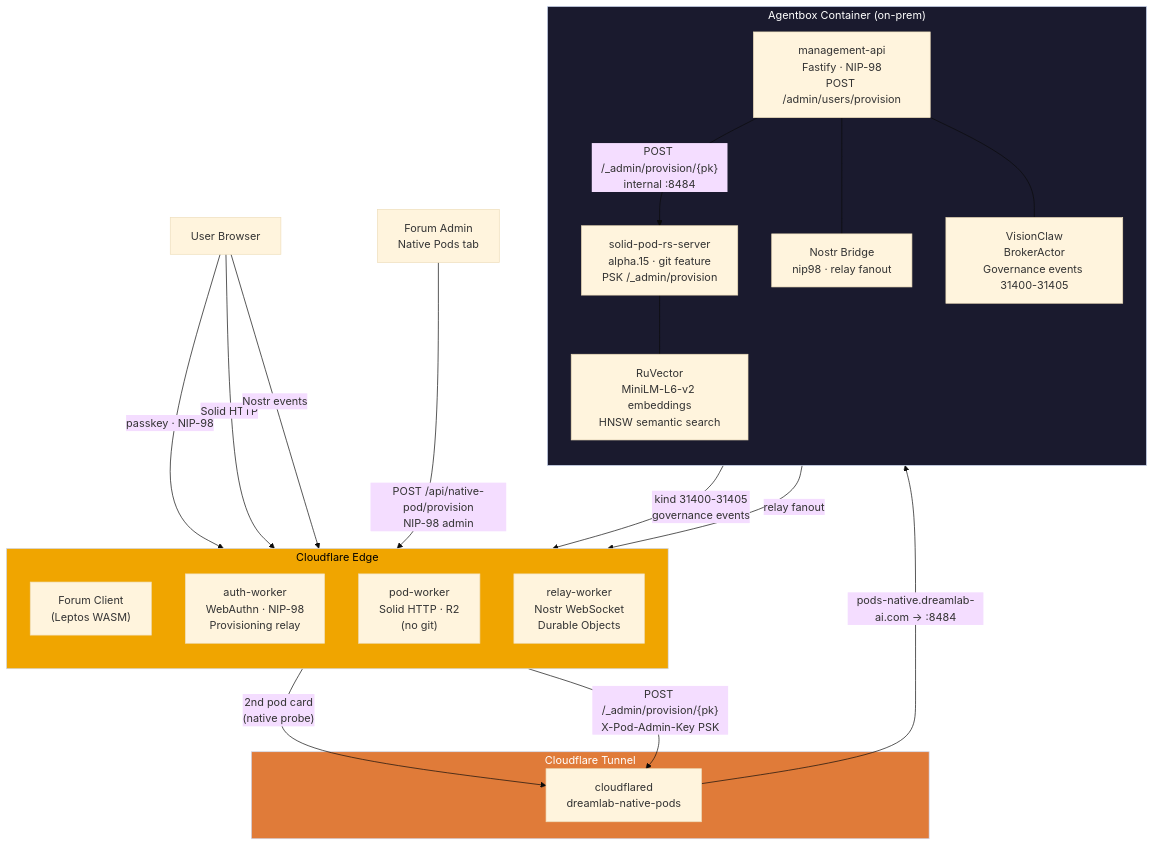
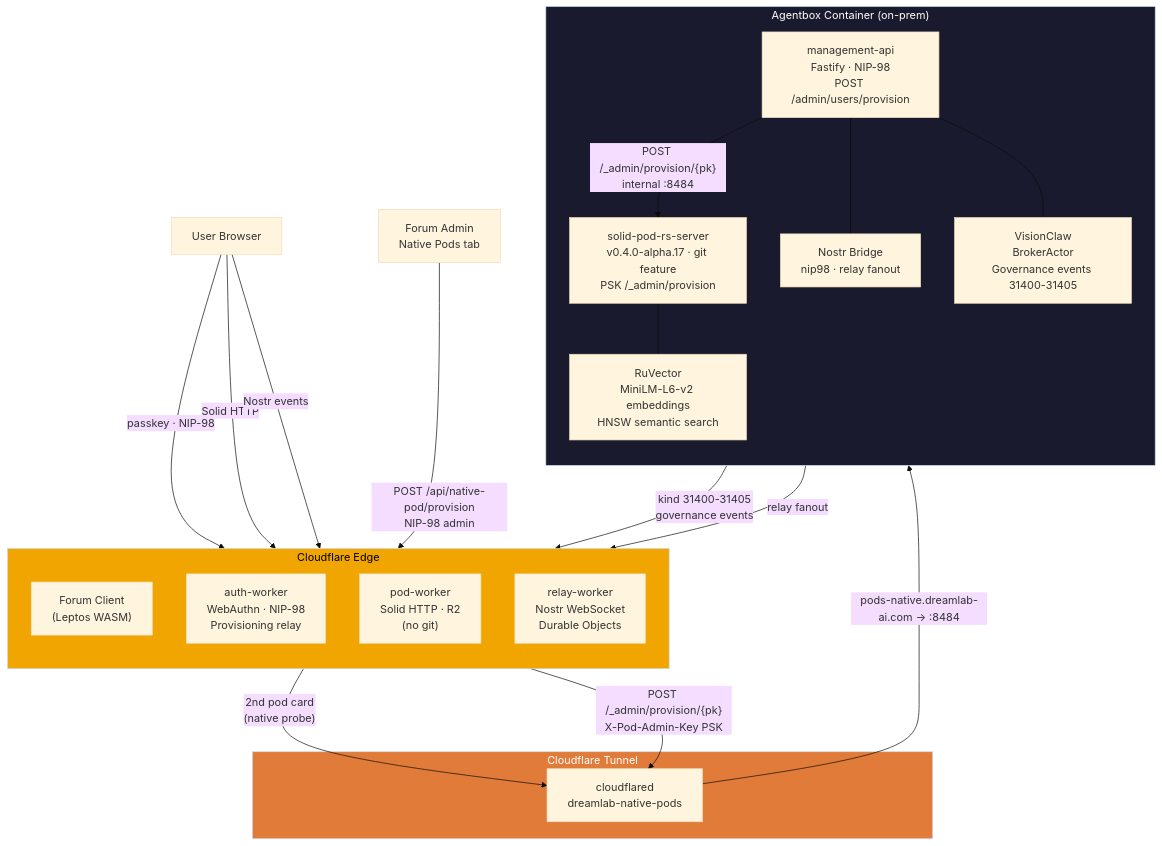
Before and after one commit to DreamLab-AI/agentbox: the first of 8 diagrams in docs/architecture/native-pod-mesh.md, drawn with Mermaid (base theme). The commit also changed other lines of this file and 11 other files, not shown here.

Commit message:
docs(diagrams): align mermaid diagrams to code ground truth; label aspirational flows and known gaps

````diff
--- a/docs/architecture/native-pod-mesh.md
+++ b/docs/architecture/native-pod-mesh.md
@@ -15,44 +17,44 @@
 ```mermaid
 graph TB
     subgraph CF["Cloudflare Edge"]
         direction TB
         FW["Forum Client\n(Leptos WASM)"]
         AW["auth-worker\nWebAuthn · NIP-98\nProvisioning relay"]
         PW["pod-worker\nSolid HTTP · R2\n(no git)"]
         RW["relay-worker\nNostr WebSocket\nDurable Objects"]
     end
 
     subgraph AGENTBOX["Agentbox Container (on-prem)"]
         direction TB
         MGMT["management-api\nFastify · NIP-98\nPOST /admin/users/provision"]
-        SPR["solid-pod-rs-server\nalpha.15 · git feature\nPSK /_admin/provision"]
+        SPR["solid-pod-rs-server\nv0.4.0-alpha.17 · git feature\nPSK /_admin/provision"]
         NOSTR["Nostr Bridge\nnip98 · relay fanout"]
         VC["VisionClaw\nBrokerActor\nGovernance events 31400-31405"]
         RUVEC["RuVector\nMiniLM-L6-v2 embeddings\nHNSW semantic search"]
     end
 
     subgraph TUNNEL["Cloudflare Tunnel"]
         CFD["cloudflared\ndreamlab-native-pods"]
     end
 
     USER["User Browser"]
     ADMIN["Forum Admin\nNative Pods tab"]
 
     USER -->|"passkey · NIP-98"| AW
     USER -->|"Solid HTTP"| PW
     USER -->|"Nostr events"| RW
     FW -->|"2nd pod card\n(native probe)"| CFD
     CFD -->|"pods-native.dreamlab-ai.com → :8484"| SPR
     ADMIN -->|"POST /api/native-pod/provision\nNIP-98 admin"| AW
     AW -->|"POST /_admin/provision/{pk}\nX-Pod-Admin-Key PSK"| CFD
     MGMT -->|"POST /_admin/provision/{pk}\ninternal :8484"| SPR
     VC -->|"kind 31400-31405\ngovernance events"| RW
     NOSTR -->|"relay fanout"| RW
     SPR --- RUVEC
     MGMT --- NOSTR
     MGMT --- VC
 
     style CF fill:#f0a500,color:#000
     style AGENTBOX fill:#1a1a2e,color:#fff
     style TUNNEL fill:#e07b39,color:#fff
 ```
````
